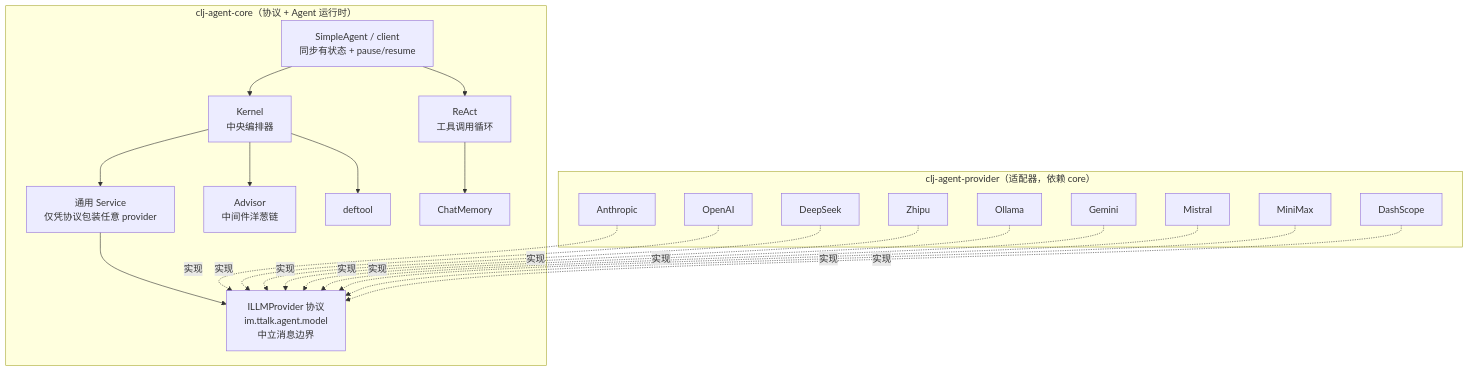
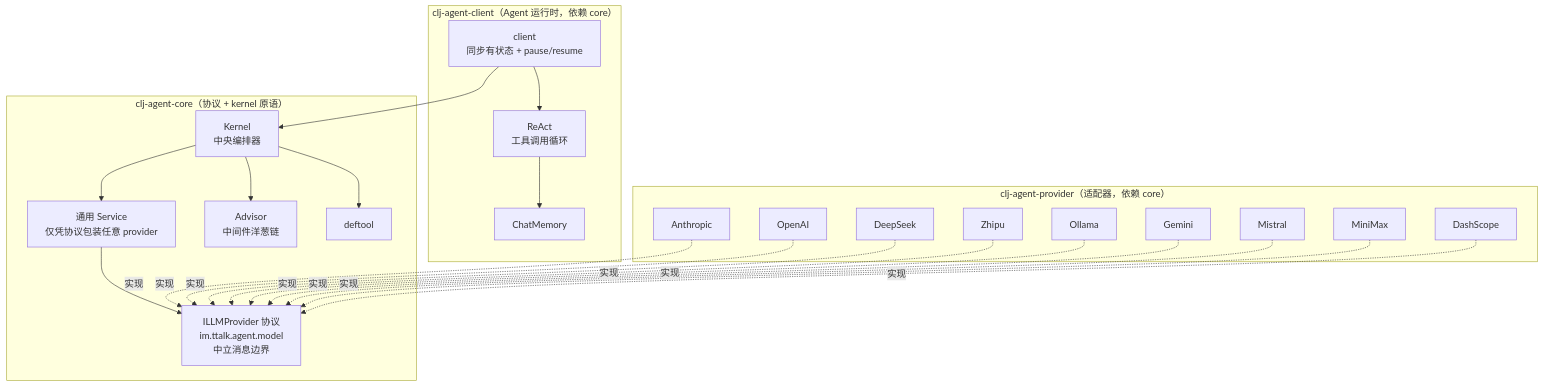
Before and after one commit to TTalkPro/clj-agent: the first of 2 diagrams in README.md, drawn with Mermaid. The commit also changed other lines of this file and 29 other files, not shown here.

First line of the commit message:
refactor: 拆分 clj-agent-client 模块（onion-filter 设计收尾）

````diff
--- a/README.md
+++ b/README.md
@@ -45,34 +45,37 @@
 ```mermaid
 graph TB
-    subgraph "clj-agent-core（协议 + Agent 运行时）"
+    subgraph "clj-agent-core（协议 + kernel 原语）"
         PROTO[ILLMProvider 协议<br/>im.ttalk.agent.model<br/>中立消息边界]
         SV[通用 Service<br/>仅凭协议包装任意 provider]
-        SA[SimpleAgent / client<br/>同步有状态 + pause/resume]
         K[Kernel<br/>中央编排器]
-        RE[ReAct<br/>工具调用循环]
         AD[Advisor<br/>中间件洋葱链]
         T[deftool]
+    end
+
+    subgraph "clj-agent-client（Agent 运行时，依赖 core）"
+        SA[client<br/>同步有状态 + pause/resume]
+        RE[ReAct<br/>工具调用循环]
         ME[ChatMemory]
     end
 
     subgraph "clj-agent-provider（适配器，依赖 core）"
         AN[Anthropic]
         OA[OpenAI]
         DS[DeepSeek]
         ZP[Zhipu]
         OL[Ollama]
         GM[Gemini]
         MS[Mistral]
         MM[MiniMax]
         BL[DashScope]
     end
 
     SA --> K
     SA --> RE
     K --> T
     K --> AD
     K --> SV
     RE --> ME
     SV --> PROTO
     AN & OA & DS & ZP & OL & GM & MS & MM & BL -. 实现 .-> PROTO
 ```
````
